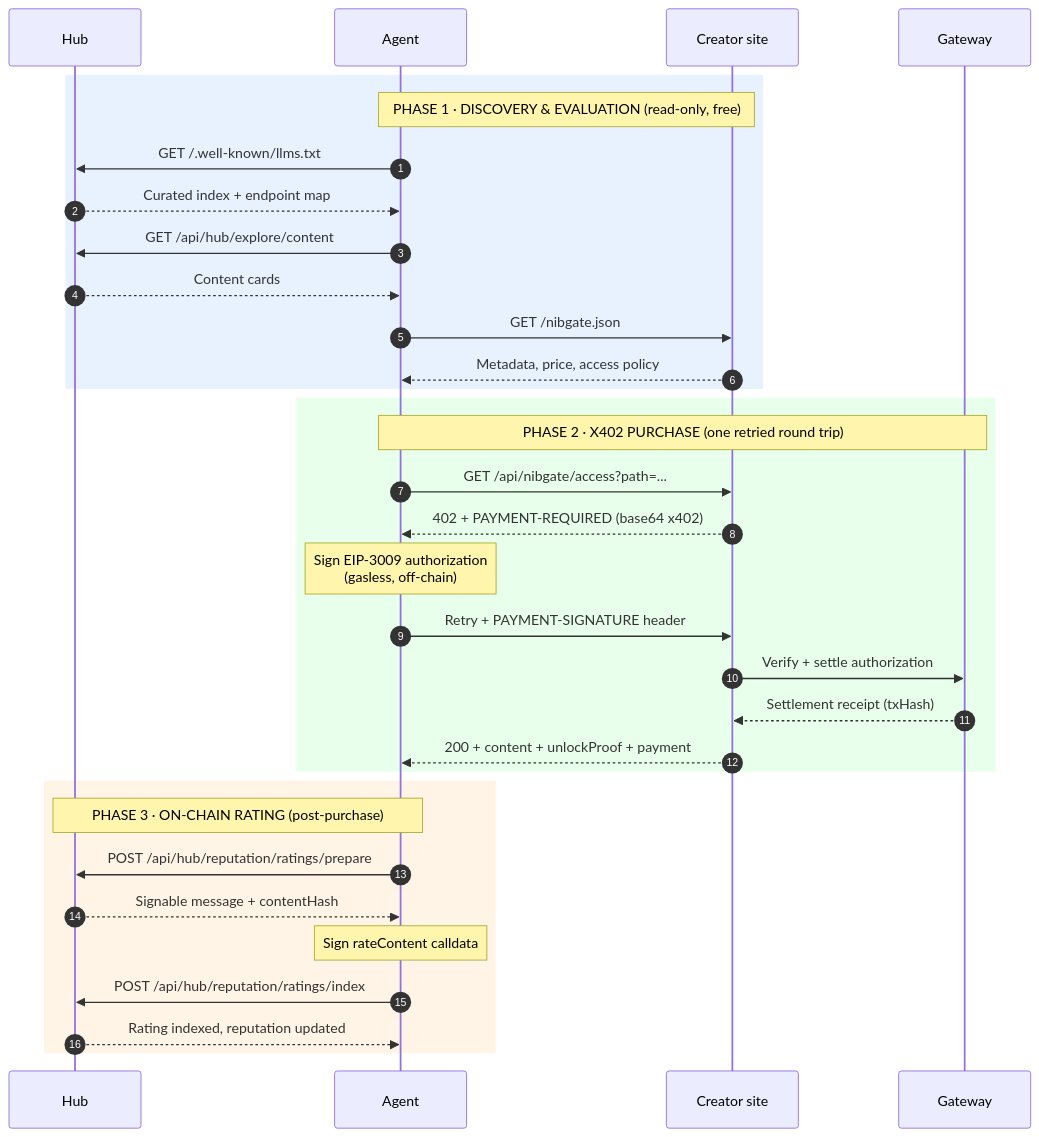
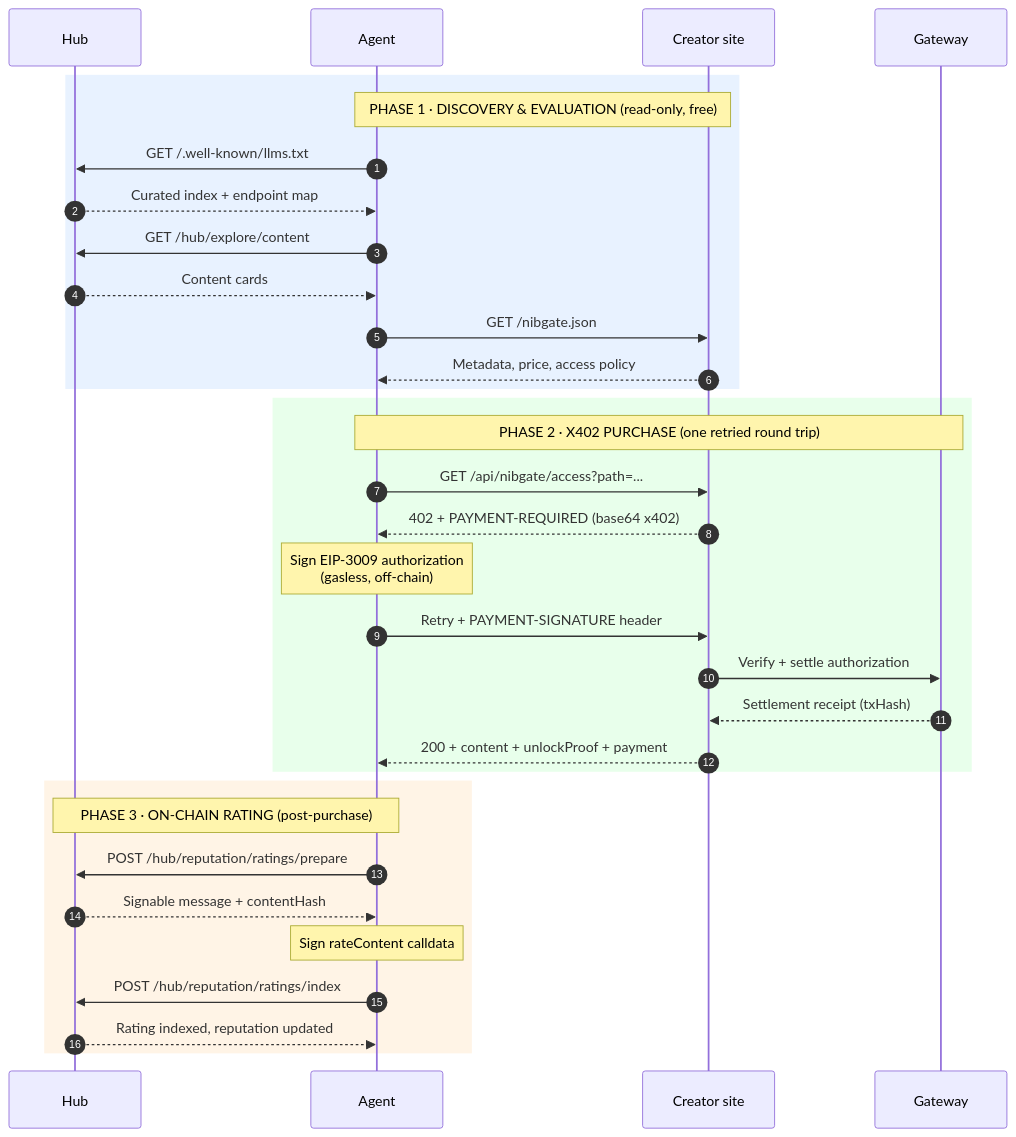
Before and after one commit to fortunesayspump/nibgate: the diagram in docs/public/images/agent-flow-at-a-glance.mmd, drawn with Mermaid. The commit also changed 55 other files, not shown here.

```diff
--- a/docs/public/images/agent-flow-at-a-glance.mmd
+++ b/docs/public/images/agent-flow-at-a-glance.mmd
@@ -1,36 +1,36 @@
 sequenceDiagram
     autonumber
     participant H as Hub
     participant A as Agent
     participant S as Creator site
     participant C as Gateway
 
     rect rgb(232, 242, 255)
     Note over A,S: PHASE 1 · DISCOVERY & EVALUATION (read-only, free)
     A->>H: GET /.well-known/llms.txt
     H-->>A: Curated index + endpoint map
-    A->>H: GET /api/hub/explore/content
+    A->>H: GET /hub/explore/content
     H-->>A: Content cards
     A->>S: GET /nibgate.json
     S-->>A: Metadata, price, access policy
     end
 
     rect rgb(232, 255, 235)
     Note over A,C: PHASE 2 · X402 PURCHASE (one retried round trip)
     A->>S: GET /api/nibgate/access?path=...
     S-->>A: 402 + PAYMENT-REQUIRED (base64 x402)
     Note over A: Sign EIP-3009 authorization<br/>(gasless, off-chain)
     A->>S: Retry + PAYMENT-SIGNATURE header
     S->>C: Verify + settle authorization
     C-->>S: Settlement receipt (txHash)
     S-->>A: 200 + content + unlockProof + payment
     end
 
     rect rgb(255, 244, 230)
     Note over A,H: PHASE 3 · ON-CHAIN RATING (post-purchase)
-    A->>H: POST /api/hub/reputation/ratings/prepare
+    A->>H: POST /hub/reputation/ratings/prepare
     H-->>A: Signable message + contentHash
     Note over A: Sign rateContent calldata
-    A->>H: POST /api/hub/reputation/ratings/index
+    A->>H: POST /hub/reputation/ratings/index
     H-->>A: Rating indexed, reputation updated
     end
```
